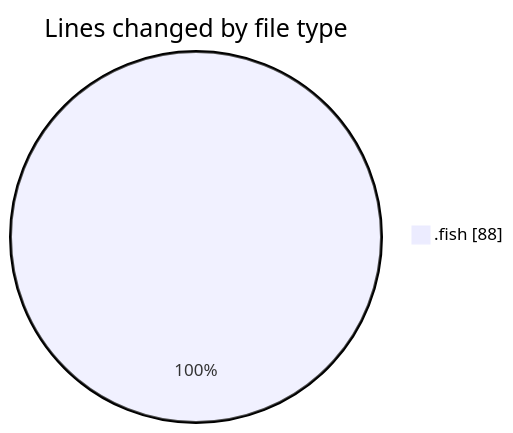
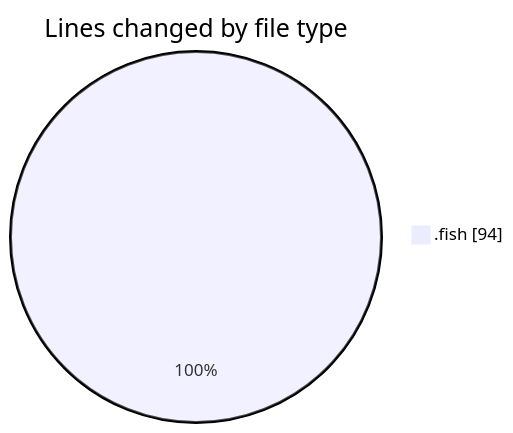
One commit to EIIisD/code-tracking changed the first of 2 diagrams in 2025-08-10/fish/README.md. Above: the diagram before and after it, drawn with Mermaid. The commit also changed other lines of this file and 1 other file, not shown here.

````diff
--- a/2025-08-10/fish/README.md
+++ b/2025-08-10/fish/README.md
@@ -20,5 +20,5 @@
 ```mermaid
 pie showData
 title Lines changed by file type
-".fish" : 88
+".fish" : 94
 ```
````
